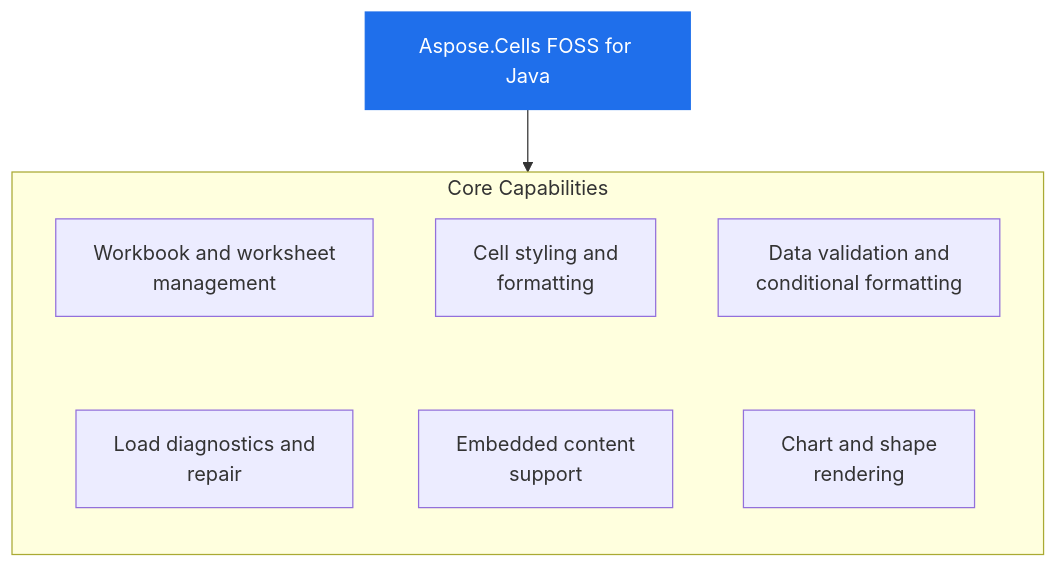
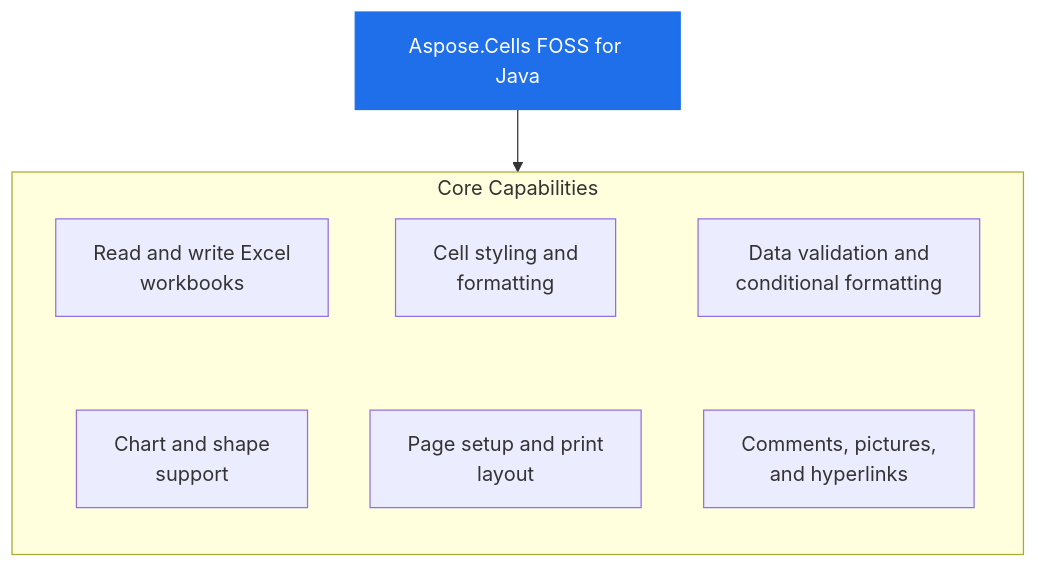
The diagram in c65329e7257b1311abb9686d7e4957a8cc002955/README.md (babar-raza/repo-presenter), drawn with Mermaid before and after one commit. The commit also changed other lines of this file and 12 other files, not shown here.

````diff
--- a/c65329e7257b1311abb9686d7e4957a8cc002955/README.md
+++ b/c65329e7257b1311abb9686d7e4957a8cc002955/README.md
@@ -33,19 +33,19 @@
 ```mermaid
 flowchart TB
   PRODUCT["Aspose.Cells FOSS for Java"]
   subgraph Capabilities["Core Capabilities"]
     direction TB
-    c1["Workbook and worksheet<br/>management"]
+    c1["Read and write Excel<br/>workbooks"]
     c2["Cell styling and<br/>formatting"]
     c3["Data validation and<br/>conditional formatting"]
-    c4["Load diagnostics and<br/>repair"]
-    c5["Embedded content<br/>support"]
-    c6["Chart and shape<br/>rendering"]
+    c4["Chart and shape<br/>support"]
+    c5["Page setup and print<br/>layout"]
+    c6["Comments, pictures,<br/>and hyperlinks"]
     c1 ~~~ c4
     c2 ~~~ c5
     c3 ~~~ c6
   end
   PRODUCT --> Capabilities
   classDef product fill:#1f6feb,stroke:#1f6feb,color:#ffffff
   class PRODUCT product
 ```
````
